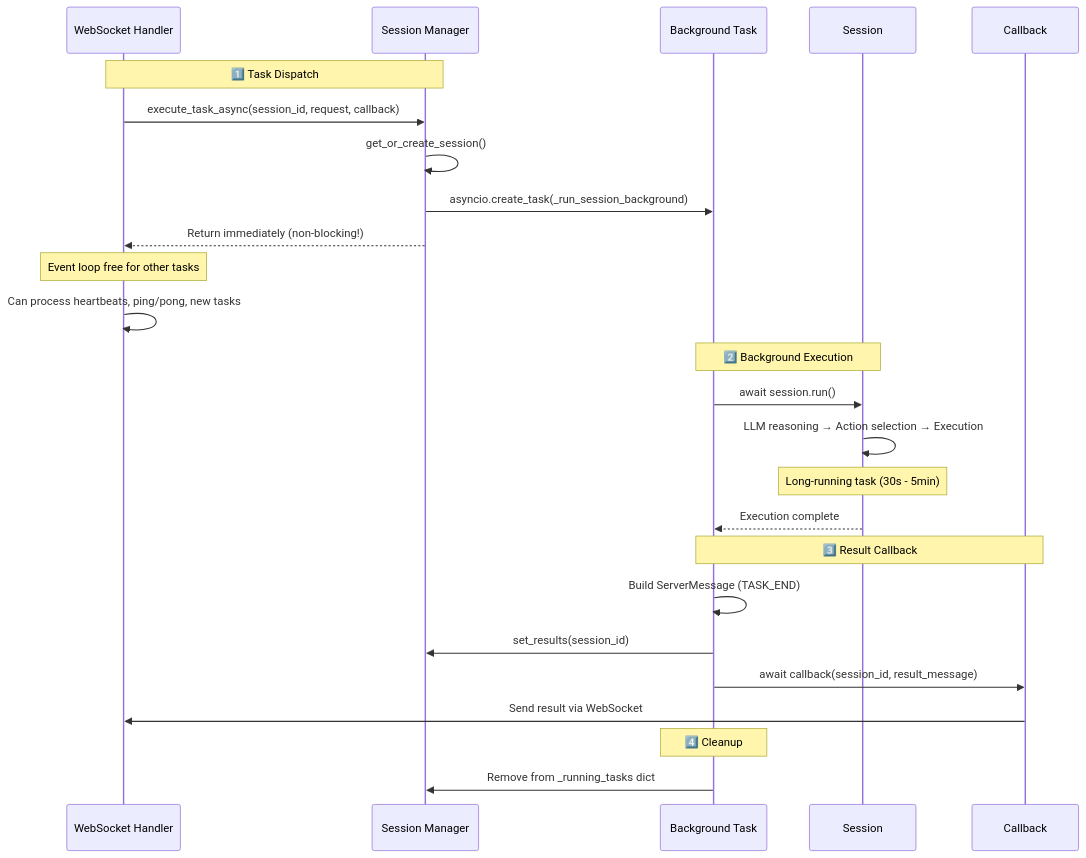
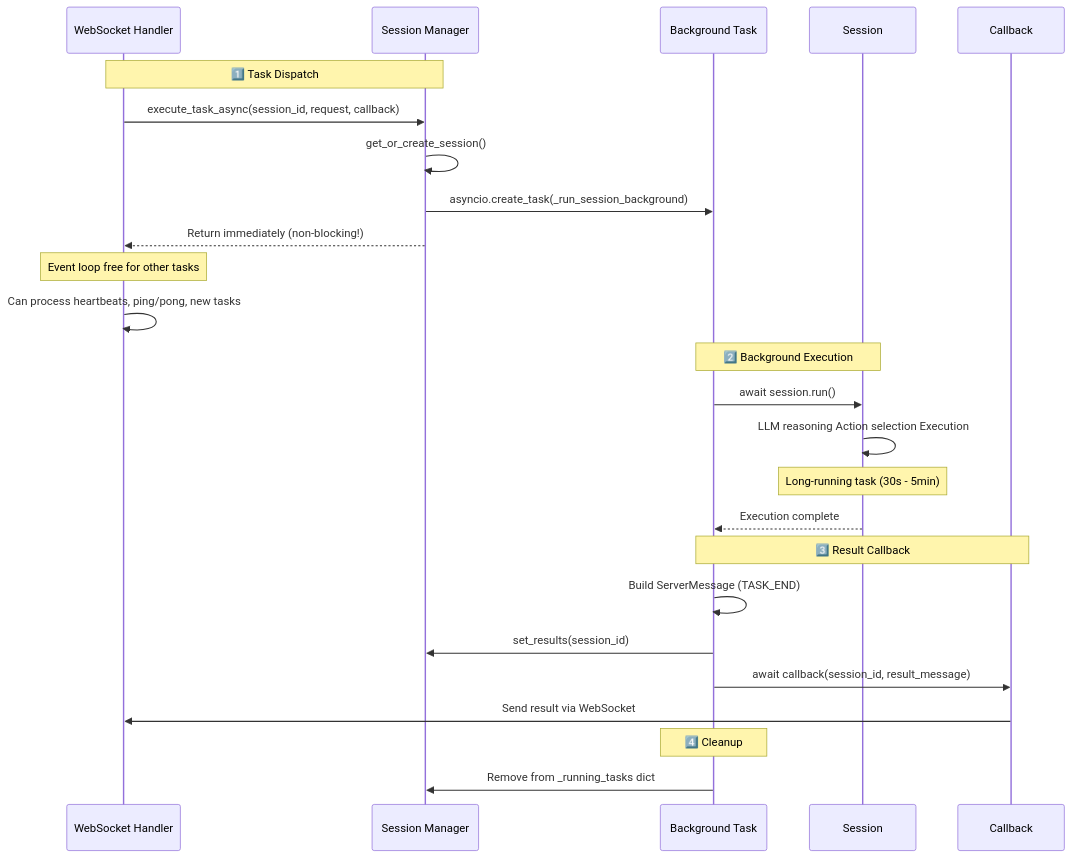
The third of 8 diagrams in documents/docs/server/session_manager.md (microsoft/UFO), drawn with Mermaid before and after one commit. The commit also changed other lines of this file and 8 other files, not shown here.

````diff
--- a/documents/docs/server/session_manager.md
+++ b/documents/docs/server/session_manager.md
@@ -149,32 +149,32 @@
 ```mermaid
 sequenceDiagram
     participant WH as WebSocket Handler
     participant SM as Session Manager
     participant BT as Background Task
     participant S as Session
     participant CB as Callback
     
     Note over WH,SM: 1️⃣ Task Dispatch
     WH->>SM: execute_task_async(session_id, request, callback)
     SM->>SM: get_or_create_session()
     SM->>BT: asyncio.create_task(_run_session_background)
     SM-->>WH: Return immediately (non-blocking!)
     
     Note over WH: Event loop free for other tasks
     WH->>WH: Can process heartbeats, ping/pong, new tasks
     
     Note over BT,S: 2️⃣ Background Execution
     BT->>S: await session.run()
-    S->>S: LLM reasoning → Action selection → Execution
+    S->>S: LLM reasoning Action selection Execution
     Note over S: Long-running task (30s - 5min)
     S-->>BT: Execution complete
     
     Note over BT,CB: 3️⃣ Result Callback
     BT->>BT: Build ServerMessage (TASK_END)
     BT->>SM: set_results(session_id)
     BT->>CB: await callback(session_id, result_message)
     CB->>WH: Send result via WebSocket
     
     Note over BT: 4️⃣ Cleanup
     BT->>SM: Remove from _running_tasks dict
 ```
````
